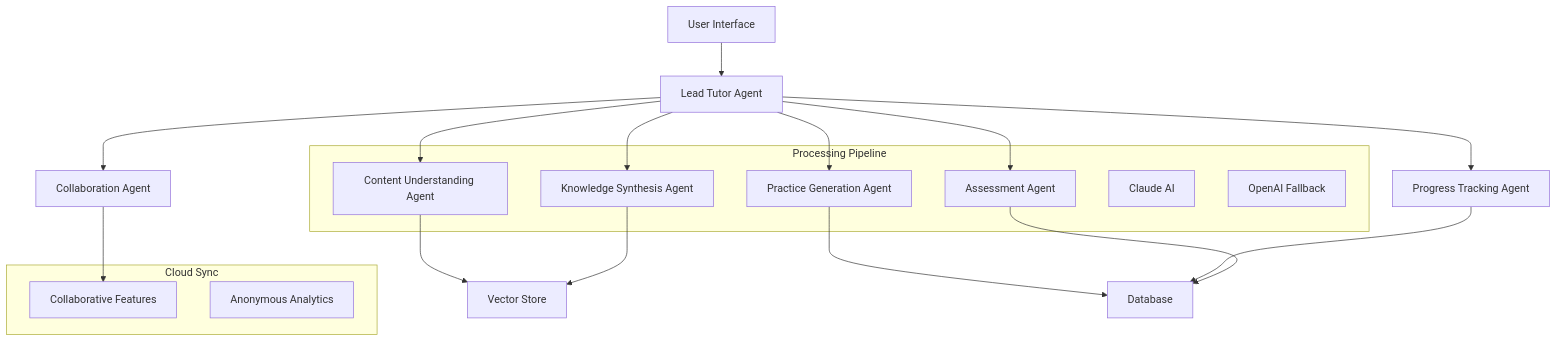
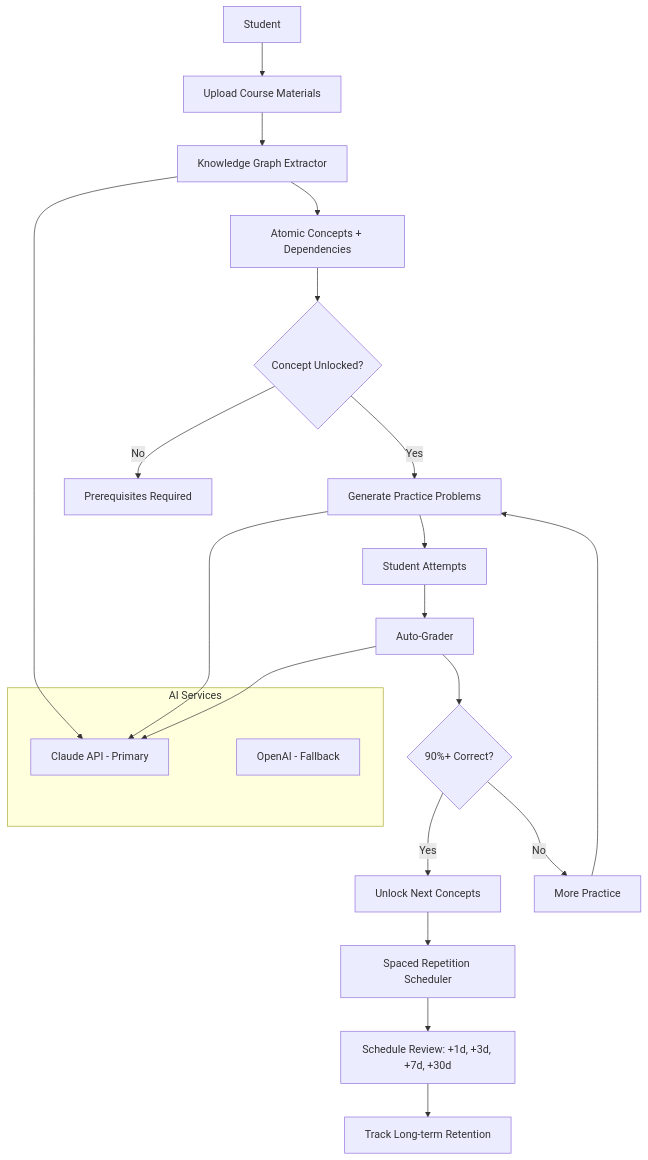
One commit to belumume/ai-study-architect changed the diagram in docs/ARCHITECTURE.md. Above: the diagram before and after it, drawn with Mermaid. The commit also changed other lines of this file, not shown here.

First line of the commit message:
fix: Update ARCHITECTURE.md to reflect mastery-based pivot

````diff
--- a/docs/ARCHITECTURE.md
+++ b/docs/ARCHITECTURE.md
@@ -124,31 +144,31 @@
 ```mermaid
 graph TD
-    User[User Interface] --> LT[Lead Tutor Agent]
-    LT --> CU[Content Understanding Agent]
-    LT --> KS[Knowledge Synthesis Agent]
-    LT --> PG[Practice Generation Agent]
-    LT --> PT[Progress Tracking Agent]
-    LT --> AS[Assessment Agent]
-    LT --> CA[Collaboration Agent]
-    
-    CU --> VS[Vector Store]
-    KS --> VS
-    PG --> DB[Database]
-    PT --> DB
-    AS --> DB
-    CA --> CF[Collaborative Features]
-    
-    subgraph Processing Pipeline
-        CU
-        KS
-        PG
-        AS
-        Claude[Claude AI]
-        OpenAI[OpenAI Fallback]
+    User[Student] --> Upload[Upload Course Materials]
+    Upload --> Extract[Knowledge Graph Extractor]
+    Extract --> Concepts[Atomic Concepts + Dependencies]
+
+    Concepts --> Unlock{Concept Unlocked?}
+    Unlock -->|Yes| Practice[Generate Practice Problems]
+    Unlock -->|No| Locked[Prerequisites Required]
+
+    Practice --> Attempt[Student Attempts]
+    Attempt --> Grade[Auto-Grader]
+    Grade --> Mastery{90%+ Correct?}
+
+    Mastery -->|Yes| NextConcept[Unlock Next Concepts]
+    Mastery -->|No| Retry[More Practice]
+    Retry --> Practice
+
+    NextConcept --> Schedule[Spaced Repetition Scheduler]
+    Schedule --> Review[Schedule Review: +1d, +3d, +7d, +30d]
+    Review --> Retention[Track Long-term Retention]
+
+    subgraph AI Services
+        Claude[Claude API - Primary]
+        OpenAI[OpenAI - Fallback]
     end
-    
-    subgraph Cloud Sync
-        CF
-        Analytics[Anonymous Analytics]
-    end
+
+    Extract --> Claude
+    Practice --> Claude
+    Grade --> Claude
 ```
````
